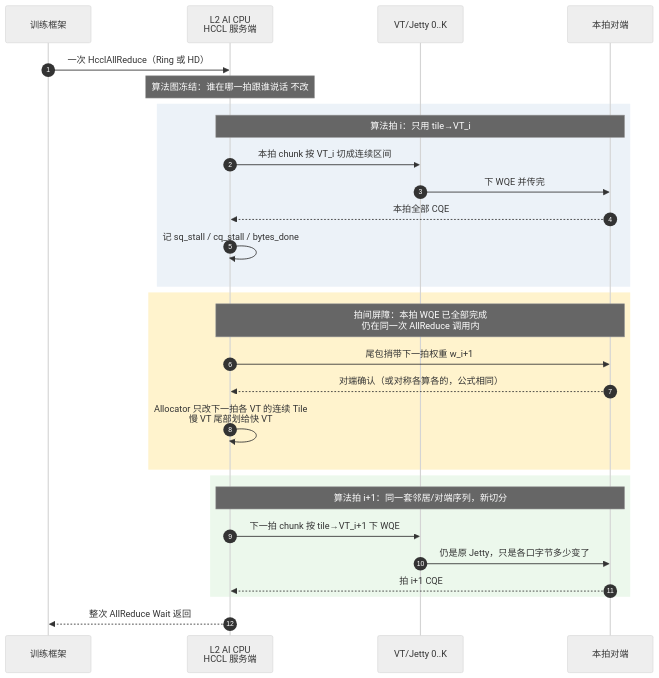
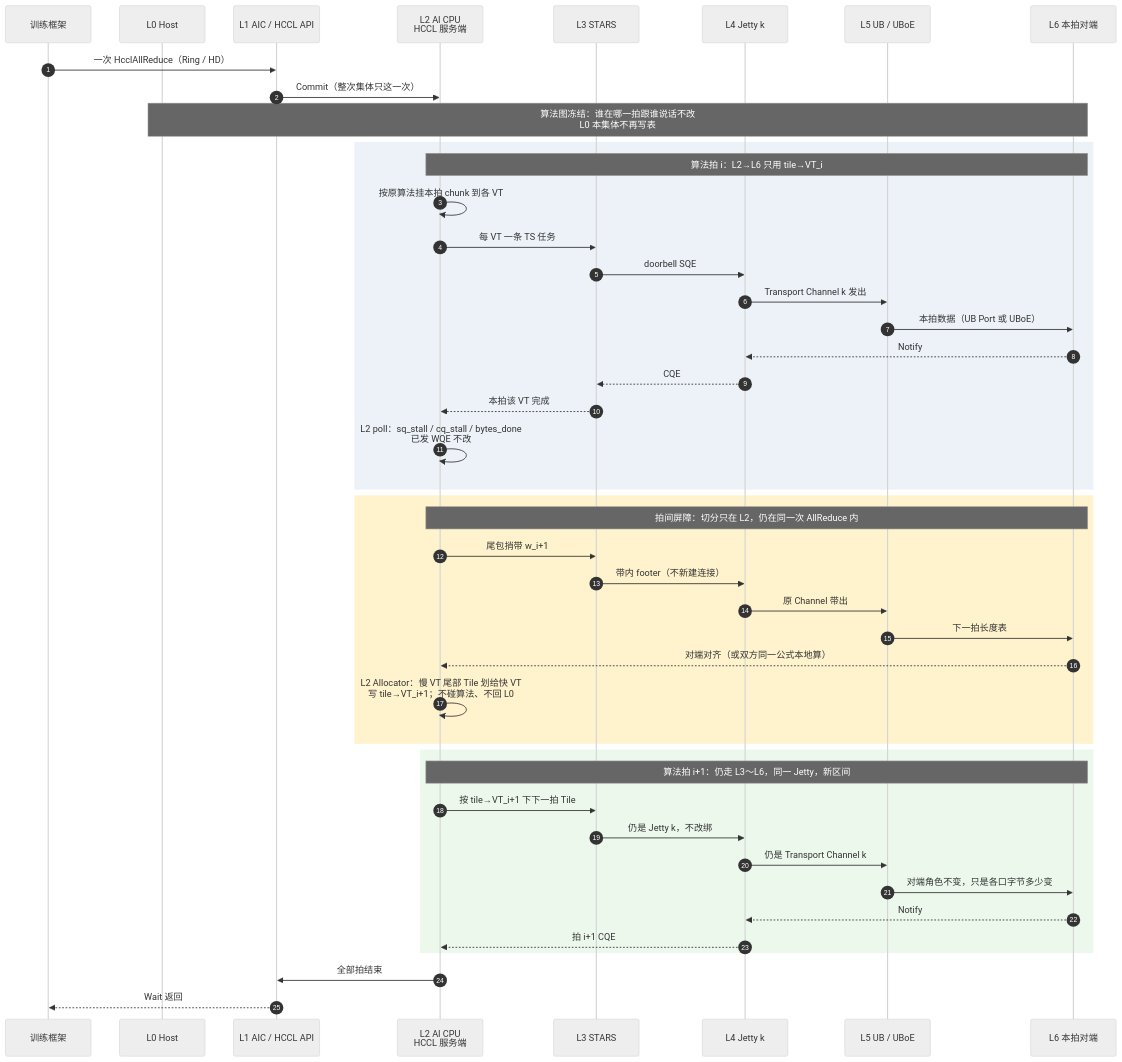
The fifth of 5 diagrams in docs/ascend950_preccl_design.md (69515164-rgb/DeepEP), drawn with Mermaid (neutral theme) before and after one commit. The commit also changed other lines of this file, not shown here.

Commit message:
docs: restore L0-L6 layers on intra-collective hop sequence
Redraw figure D so algorithm-step i to i+1 crosses Host/AIC/AI CPU/
STARS/Jetty/network/peer, with split only on L2 between hops.

````diff
--- a/docs/ascend950_preccl_design.md
+++ b/docs/ascend950_preccl_design.md
@@ -676,35 +688,52 @@
 ```mermaid
 sequenceDiagram
   autonumber
   participant App as 训练框架
+  participant Host as L0 Host
+  participant AIC as L1 AIC / HCCL API
   participant CPU as L2 AI CPU<br/>HCCL 服务端
-  participant VT as VT/Jetty 0..K
-  participant Peer as 本拍对端
+  participant STARS as L3 STARS
+  participant URMA as L4 Jetty k
+  participant Net as L5 UB / UBoE
+  participant Peer as L6 本拍对端
 
-  App->>CPU: 一次 HcclAllReduce（Ring 或 HD）
-  Note over CPU: 算法图冻结：谁在哪一拍跟谁说话 不改
+  App->>AIC: 一次 HcclAllReduce（Ring / HD）
+  AIC->>CPU: Commit（整次集体只这一次）
+  Note over Host,Peer: 算法图冻结：谁在哪一拍跟谁说话不改<br/>L0 本集体不再写表
 
   rect rgb(236, 242, 248)
-    Note over CPU,Peer: 算法拍 i：只用 tile→VT_i
-    CPU->>VT: 本拍 chunk 按 VT_i 切成连续区间
-    VT->>Peer: 下 WQE 并传完
-    Peer-->>CPU: 本拍全部 CQE
-    CPU->>CPU: 记 sq_stall / cq_stall / bytes_done
+    Note over CPU,Peer: 算法拍 i：L2→L6 只用 tile→VT_i
+    CPU->>CPU: 按原算法挂本拍 chunk 到各 VT
+    CPU->>STARS: 每 VT 一条 TS 任务
+    STARS->>URMA: doorbell SQE
+    URMA->>Net: Transport Channel k 发出
+    Net->>Peer: 本拍数据（UB Port 或 UBoE）
+    Peer-->>URMA: Notify
+    URMA-->>STARS: CQE
+    STARS-->>CPU: 本拍该 VT 完成
+    CPU->>CPU: L2 poll：sq_stall / cq_stall / bytes_done<br/>已发 WQE 不改
   end
 
   rect rgb(255, 243, 205)
-    Note over CPU,Peer: 拍间屏障：本拍 WQE 已全部完成<br/>仍在同一次 AllReduce 调用内
-    CPU->>Peer: 尾包捎带下一拍权重 w_i+1
-    Peer-->>CPU: 对端确认（或对称各算各的，公式相同）
-    CPU->>CPU: Allocator 只改下一拍各 VT 的连续 Tile<br/>慢 VT 尾部划给快 VT
+    Note over CPU,Peer: 拍间屏障：切分只在 L2，仍在同一次 AllReduce 内
+    CPU->>STARS: 尾包捎带 w_i+1
+    STARS->>URMA: 带内 footer（不新建连接）
+    URMA->>Net: 原 Channel 带出
+    Net->>Peer: 下一拍长度表
+    Peer-->>CPU: 对端对齐（或双方同一公式本地算）
+    CPU->>CPU: L2 Allocator：慢 VT 尾部 Tile 划给快 VT<br/>写 tile→VT_i+1；不碰算法、不回 L0
   end
 
   rect rgb(236, 248, 236)
-    Note over CPU,Peer: 算法拍 i+1：同一套邻居/对端序列，新切分
-    CPU->>VT: 下一拍 chunk 按 tile→VT_i+1 下 WQE
-    VT->>Peer: 仍是原 Jetty，只是各口字节多少变了
-    Peer-->>CPU: 拍 i+1 CQE
+    Note over CPU,Peer: 算法拍 i+1：仍走 L3～L6，同一 Jetty，新区间
+    CPU->>STARS: 按 tile→VT_i+1 下下一拍 Tile
+    STARS->>URMA: 仍是 Jetty k，不改绑
+    URMA->>Net: 仍是 Transport Channel k
+    Net->>Peer: 对端角色不变，只是各口字节多少变
+    Peer-->>URMA: Notify
+    URMA-->>CPU: 拍 i+1 CQE
   end
 
-  CPU-->>App: 整次 AllReduce Wait 返回
+  CPU->>AIC: 全部拍结束
+  AIC-->>App: Wait 返回
 ```
````
